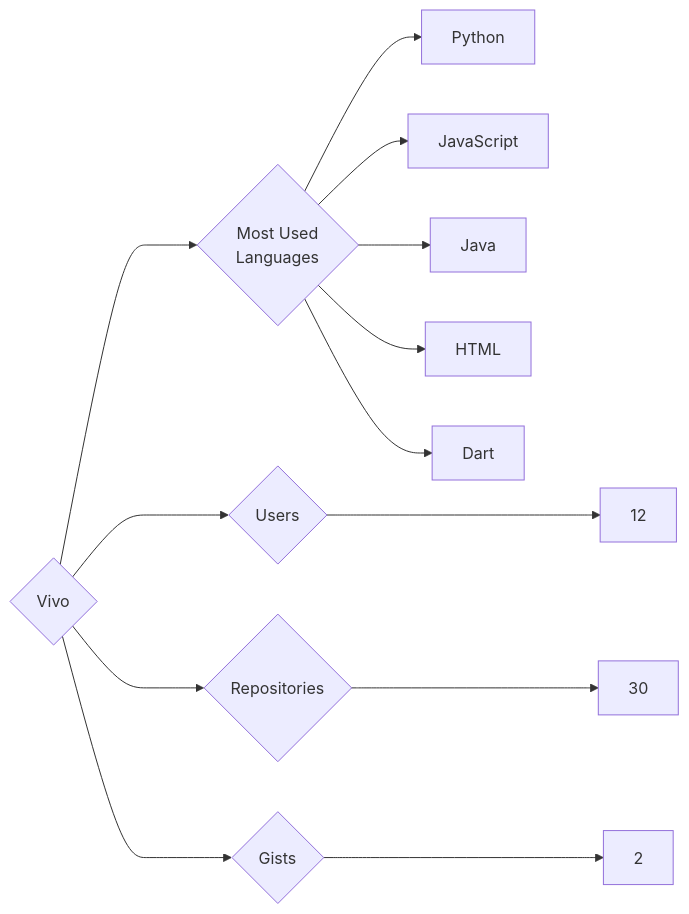
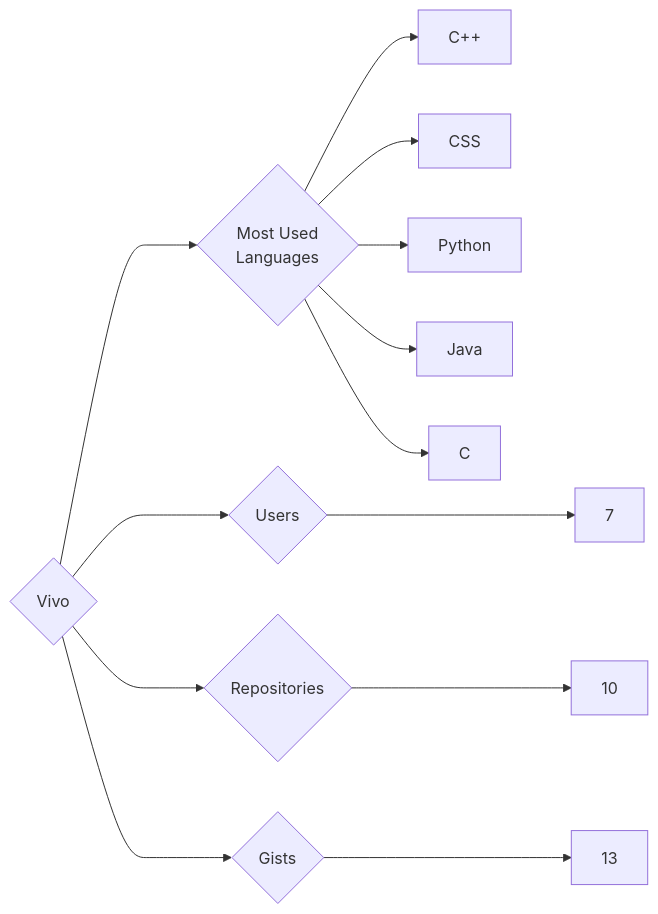
The diagram in targets/Vivo/README.md (trickest/insiders), drawn with Mermaid before and after one commit. The commit also changed 860 other files, not shown here.

````diff
--- a/targets/Vivo/README.md
+++ b/targets/Vivo/README.md
@@ -3,13 +3,13 @@
 ```mermaid
 graph LR
 COMPANY_NAME{Vivo}
-COMPANY_NAME ---> U{Users} ---> UN[12]
-COMPANY_NAME ---> R{Repositories} ---> RN[30]
-COMPANY_NAME ---> G{Gists} ---> GN[2]
+COMPANY_NAME ---> U{Users} ---> UN[7]
+COMPANY_NAME ---> R{Repositories} ---> RN[10]
+COMPANY_NAME ---> G{Gists} ---> GN[13]
 COMPANY_NAME ---> ML{Most Used<br>Languages}
+ML --> C++[C++]
+ML --> CSS[CSS]
 ML --> Python[Python]
-ML --> JavaScript[JavaScript]
 ML --> Java[Java]
-ML --> HTML[HTML]
-ML --> Dart[Dart]
+ML --> C[C]
 ```
````
